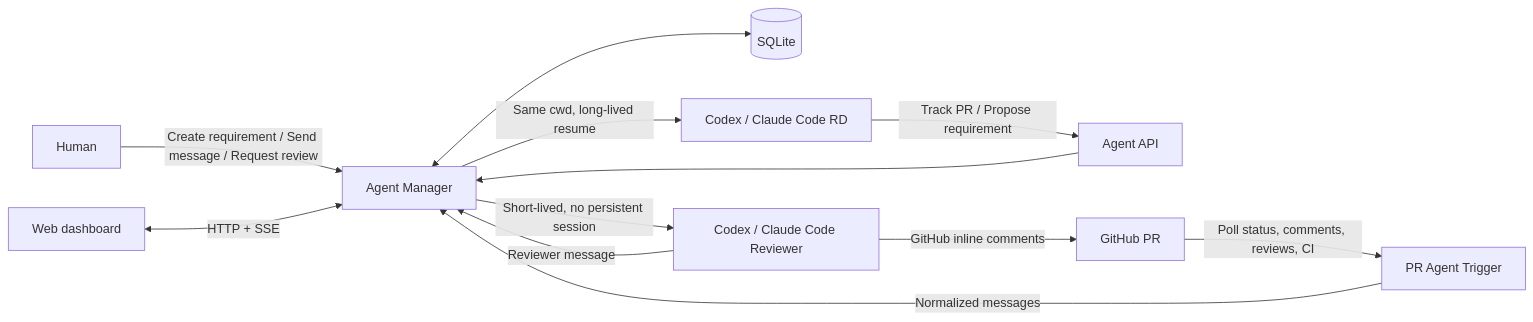
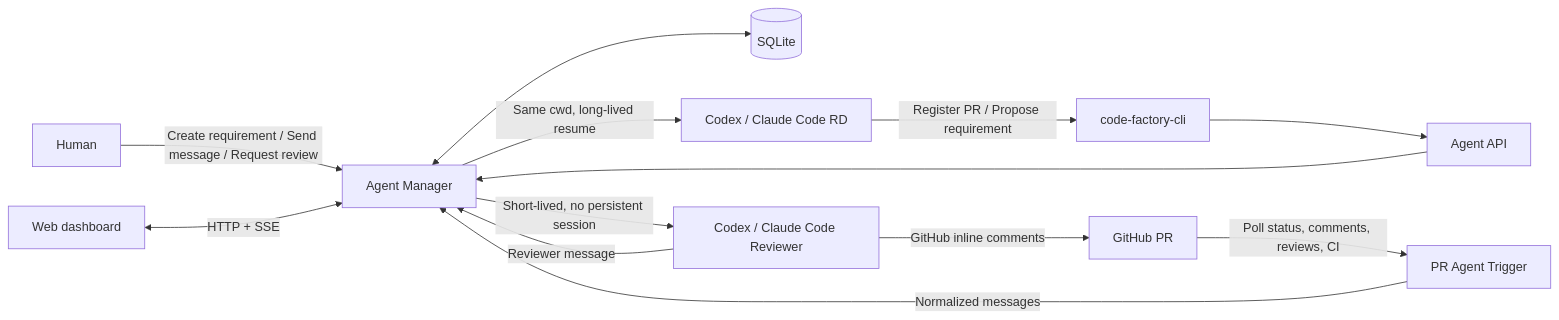
The second of 2 diagrams in docs/architecture.en.md (luohaha/code-factory), drawn with Mermaid before and after one commit. The commit also changed other lines of this file and 18 other files, not shown here.

```diff
--- a/docs/architecture.en.md
+++ b/docs/architecture.en.md
@@ -29,14 +29,15 @@
 ~~~mermaid
 flowchart LR
   H[Human] -->|Create requirement / Send message / Request review| M[Agent Manager]
   W[Web dashboard] <-->|HTTP + SSE| M
   M <--> DB[(SQLite)]
   M -->|Same cwd, long-lived resume| RD[Codex / Claude Code RD]
   M -->|Short-lived, no persistent session| RV[Codex / Claude Code Reviewer]
-  RD -->|Track PR / Propose requirement| API[Agent API]
+  RD -->|Register PR / Propose requirement| CLI[code-factory-cli]
+  CLI --> API[Agent API]
   API --> M
   RV -->|GitHub inline comments| GH[GitHub PR]
   GH -->|Poll status, comments, reviews, CI| T[PR Agent Trigger]
   T -->|Normalized messages| M
   RV -->|Reviewer message| M
 ~~~
```
